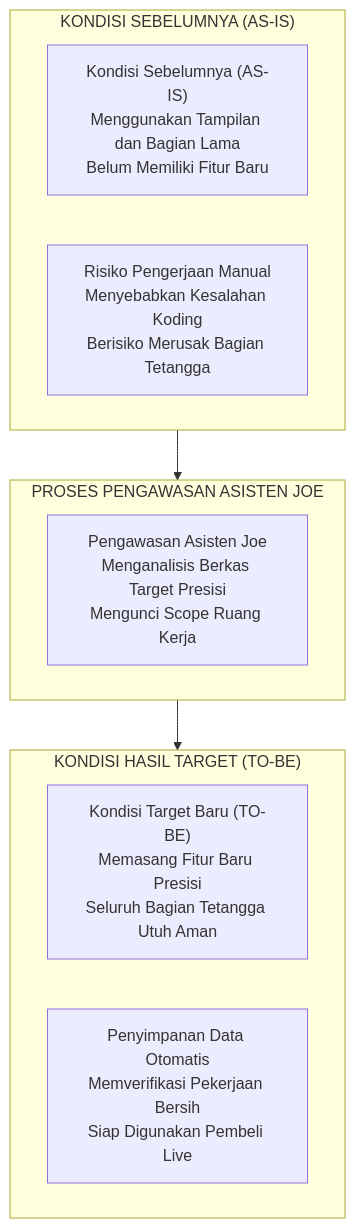
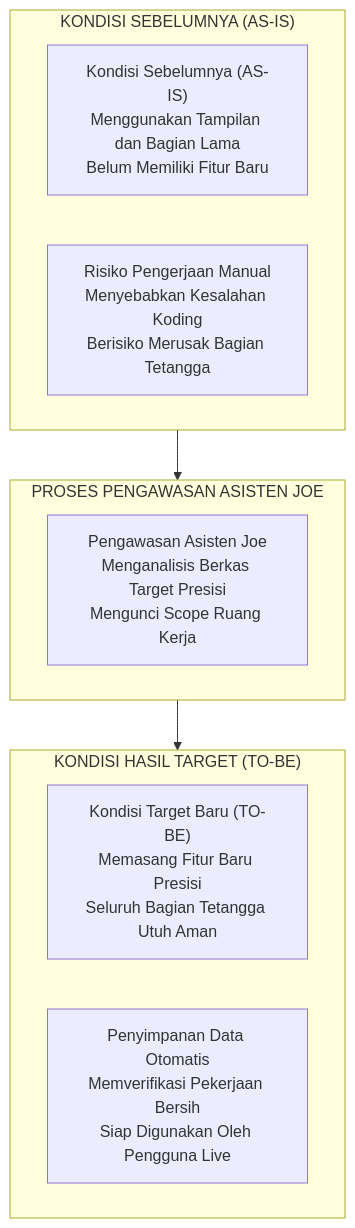
The fourth of 7 diagrams in README.md (JoeAryadharma/saas-branching-blueprint), drawn with Mermaid before and after one commit. The commit also changed other lines of this file, not shown here.

Commit message:
[STILISTIK] Menyempurnakan diksi 'Usaha' menjadi 'Akun Pengguna' [v10.7.0]

````diff
--- a/README.md
+++ b/README.md
@@ -101,20 +101,20 @@
 ```mermaid
 flowchart TD
     classDef default text-align:center;
     subgraph SEBELUM["KONDISI SEBELUMNYA (AS-IS)"]
         A1["Kondisi Sebelumnya (AS-IS)\nMenggunakan Tampilan dan Bagian Lama\nBelum Memiliki Fitur Baru"]
         A2["Risiko Pengerjaan Manual\nMenyebabkan Kesalahan Koding\nBerisiko Merusak Bagian Tetangga"]
     end
 
     subgraph PROSES["PROSES PENGAWASAN ASISTEN JOE"]
         P1["Pengawasan Asisten Joe\nMenganalisis Berkas Target Presisi\nMengunci Scope Ruang Kerja"]
     end
 
     subgraph SESUDAH["KONDISI HASIL TARGET (TO-BE)"]
         B1["Kondisi Target Baru (TO-BE)\nMemasang Fitur Baru Presisi\nSeluruh Bagian Tetangga Utuh Aman"]
-        B2["Penyimpanan Data Otomatis\nMemverifikasi Pekerjaan Bersih\nSiap Digunakan Pembeli Live"]
+        B2["Penyimpanan Data Otomatis\nMemverifikasi Pekerjaan Bersih\nSiap Digunakan Oleh Pengguna Live"]
     end
 
     SEBELUM --> PROSES
     PROSES --> SESUDAH
 ```
````
